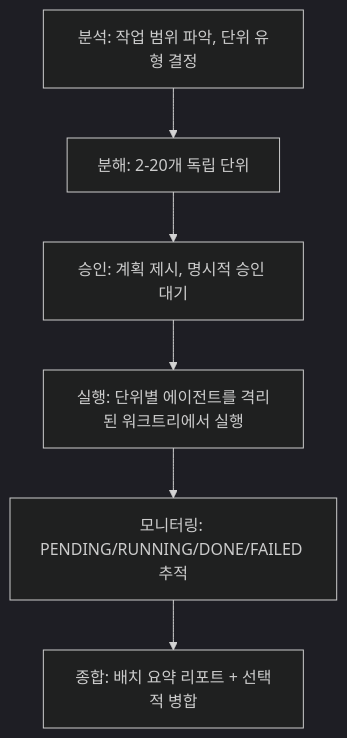
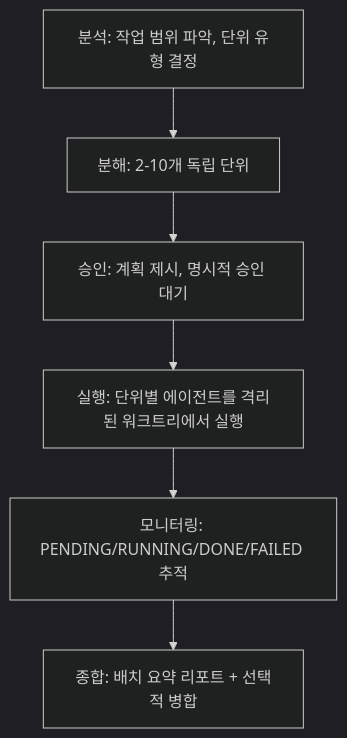
The diagram in docs/skills/batch.ko.md (unclejobs-ai/second-claude-code), drawn with Mermaid (dark theme) before and after one commit. The commit also changed other lines of this file and 147 other files, not shown here.

````diff
--- a/docs/skills/batch.ko.md
+++ b/docs/skills/batch.ko.md
@@ -62,8 +65,8 @@
 ```mermaid
 graph TD
-    A[분석: 작업 범위 파악, 단위 유형 결정] --> B[분해: 2-20개 독립 단위]
+    A[분석: 작업 범위 파악, 단위 유형 결정] --> B[분해: 2-10개 독립 단위]
     B --> C[승인: 계획 제시, 명시적 승인 대기]
     C --> D[실행: 단위별 에이전트를 격리된 워크트리에서 실행]
     D --> E[모니터링: PENDING/RUNNING/DONE/FAILED 추적]
     E --> F[종합: 배치 요약 리포트 + 선택적 병합]
 ```
````
